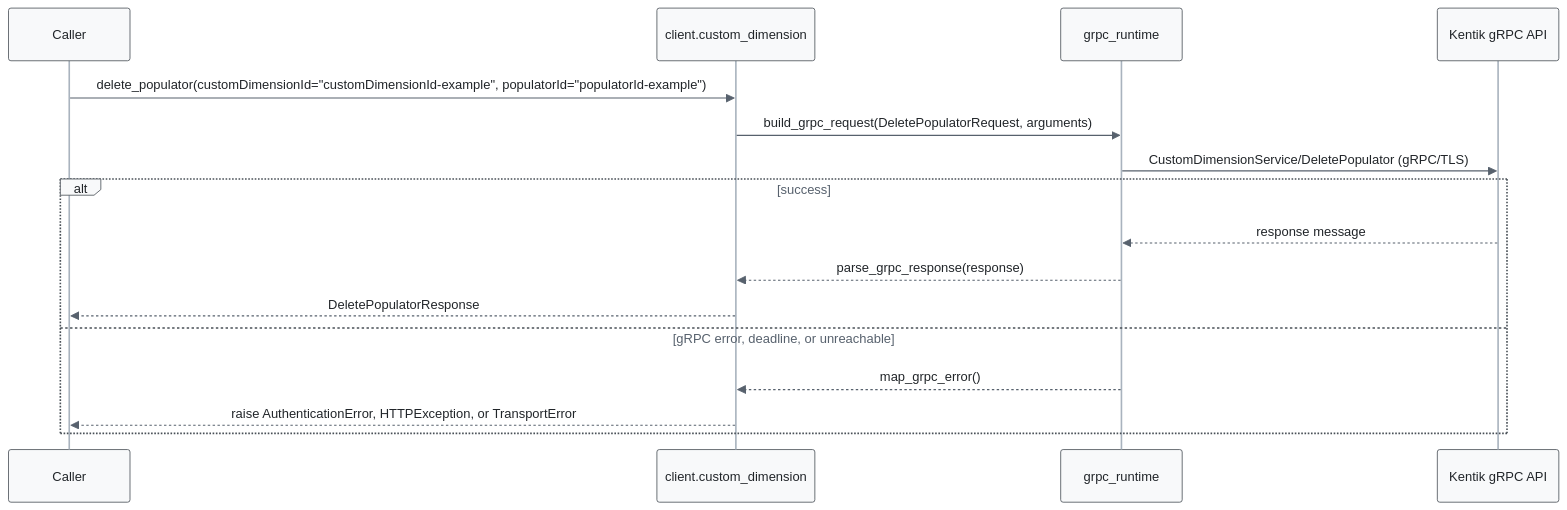
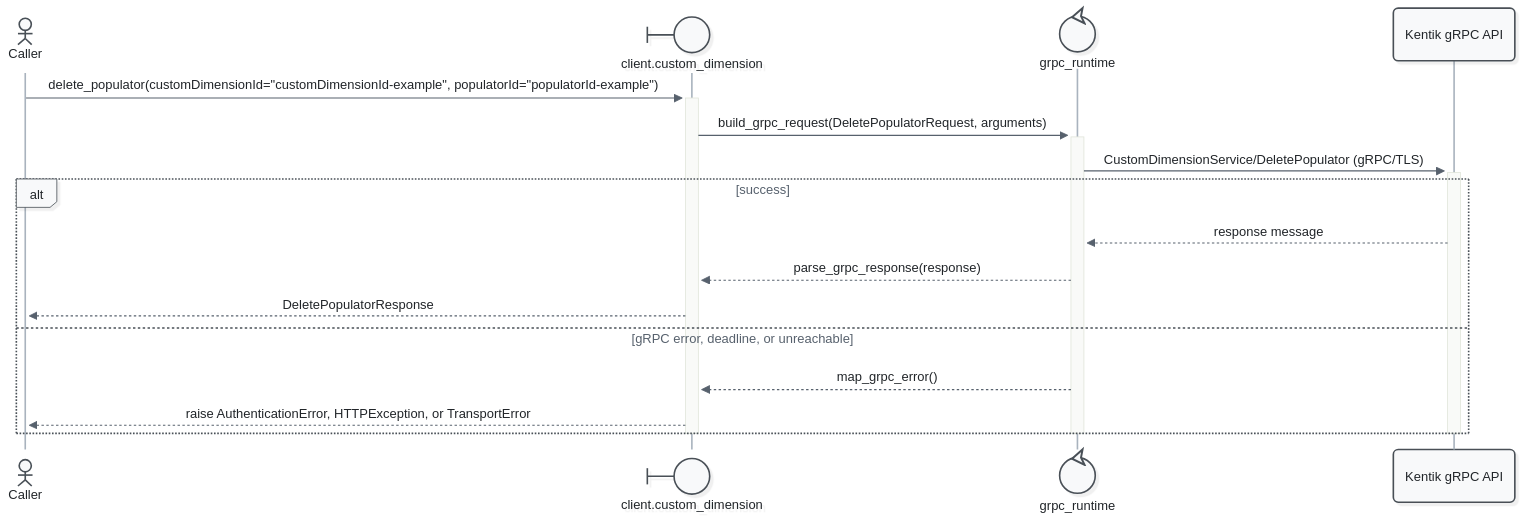
One commit to alexdearaujo/community_sdk_python changed diagram 16 of 21 in docs/sphinx/services/custom_dimension.md. Above: the diagram before and after it, drawn with Mermaid. The commit also changed other lines of this file and 52 other files, not shown here.

First line of the commit message:
docs: Mermaid 12 sequence diagrams with participant types and path colors

````diff
--- a/docs/sphinx/services/custom_dimension.md
+++ b/docs/sphinx/services/custom_dimension.md
@@ -607,20 +644,23 @@
 ```mermaid
-%%{init: {"theme": "base", "fontFamily": "ui-monospace, SFMono-Regular, Menlo, monospace", "themeVariables": {"fontFamily": "ui-monospace, SFMono-Regular, Menlo, monospace", "primaryColor": "#f8f9fa", "primaryBorderColor": "#495057", "primaryTextColor": "#212529", "textColor": "#212529", "lineColor": "#77818c", "edgeLabelBackground": "#ffffff", "actorBkg": "#f8f9fa", "actorBorder": "#495057", "actorTextColor": "#212529", "actorLineColor": "#a9b3be", "signalColor": "#57616d", "signalTextColor": "#212529", "labelBoxBkgColor": "#f8f9fa", "labelBoxBorderColor": "#495057", "labelTextColor": "#212529", "loopTextColor": "#57616d", "noteBkgColor": "#fff9db", "noteBorderColor": "#f08c00", "noteTextColor": "#a35a00"}, "flowchart": {"curve": "step", "nodeSpacing": 30, "rankSpacing": 70, "wrappingWidth": 400}}}%%
+%%{init: {"theme": "redux", "look": "neo", "layout": "dagre", "fontFamily": "ui-monospace, SFMono-Regular, Menlo, monospace", "themeVariables": {"fontFamily": "ui-monospace, SFMono-Regular, Menlo, monospace", "primaryColor": "#f8f9fa", "primaryBorderColor": "#495057", "primaryTextColor": "#212529", "textColor": "#212529", "lineColor": "#77818c", "edgeLabelBackground": "#ffffff", "actorBkg": "#f8f9fa", "actorBorder": "#495057", "actorTextColor": "#212529", "actorLineColor": "#a9b3be", "signalColor": "#57616d", "signalTextColor": "#212529", "labelBoxBkgColor": "#f8f9fa", "labelBoxBorderColor": "#495057", "labelTextColor": "#212529", "loopTextColor": "#57616d", "noteBkgColor": "#fff9db", "noteBorderColor": "#f08c00", "noteTextColor": "#a35a00"}, "sequence": {"activationWidth": 16}, "flowchart": {"curve": "step", "nodeSpacing": 30, "rankSpacing": 70, "wrappingWidth": 400}}}%%
 sequenceDiagram
-    participant C as Caller
-    participant W as client.custom_dimension
-    participant R as grpc_runtime
+    actor C as Caller
+    participant W@{ "type": "boundary" } as client.custom_dimension
+    participant R@{ "type": "control" } as grpc_runtime
     participant API as Kentik gRPC API
 
-    C->>W: delete_populator(customDimensionId="customDimensionId-example", populatorId="populatorId-example")
-    W->>R: build_grpc_request(DeletePopulatorRequest, arguments)
-    R->>API: CustomDimensionService/DeletePopulator (gRPC/TLS)
+    C->>+W: delete_populator(customDimensionId="customDimensionId-example", populatorId="populatorId-example")
+    W->>+R: build_grpc_request(DeletePopulatorRequest, arguments)
+    R->>+API: CustomDimensionService/DeletePopulator (gRPC/TLS)
     alt success
         API-->>R: response message
         R-->>W: parse_grpc_response(response)
         W-->>C: DeletePopulatorResponse
     else gRPC error, deadline, or unreachable
         R-->>W: map_grpc_error()
         W-->>C: raise AuthenticationError, HTTPException, or TransportError
     end
+    deactivate API
+    deactivate R
+    deactivate W
 ```
````
